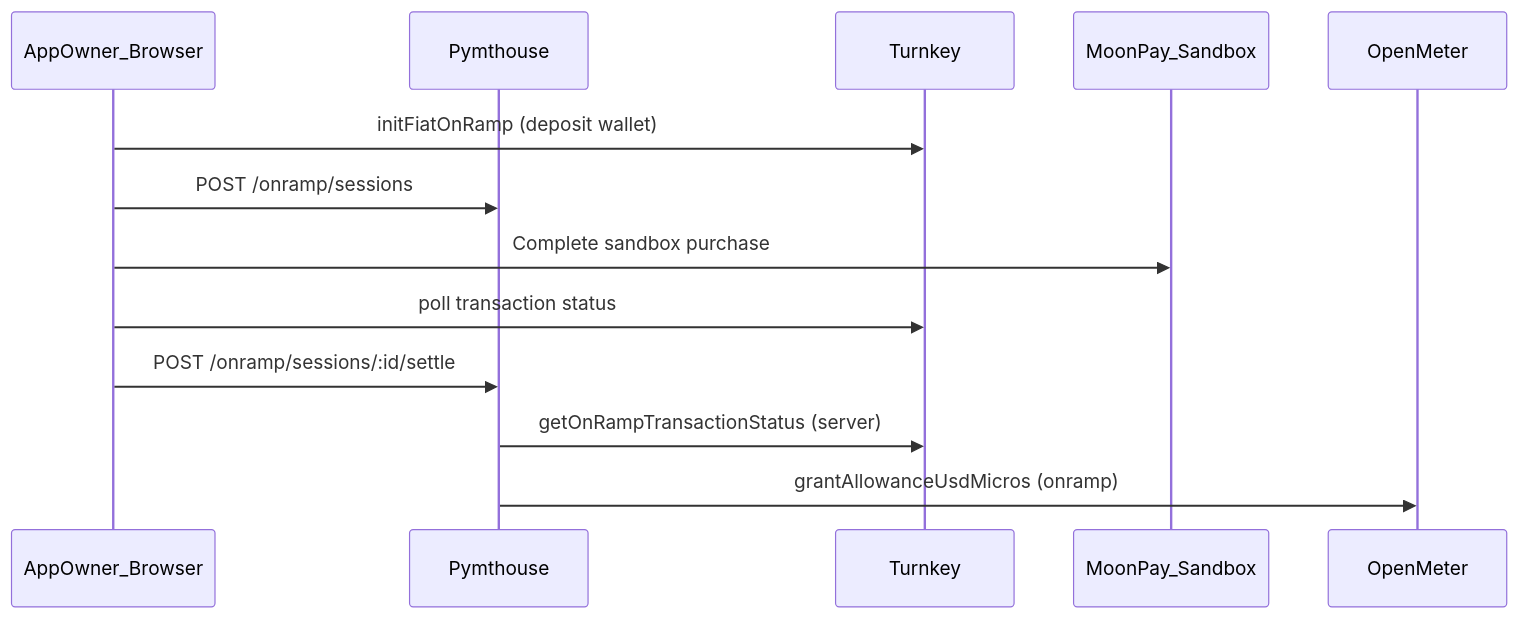
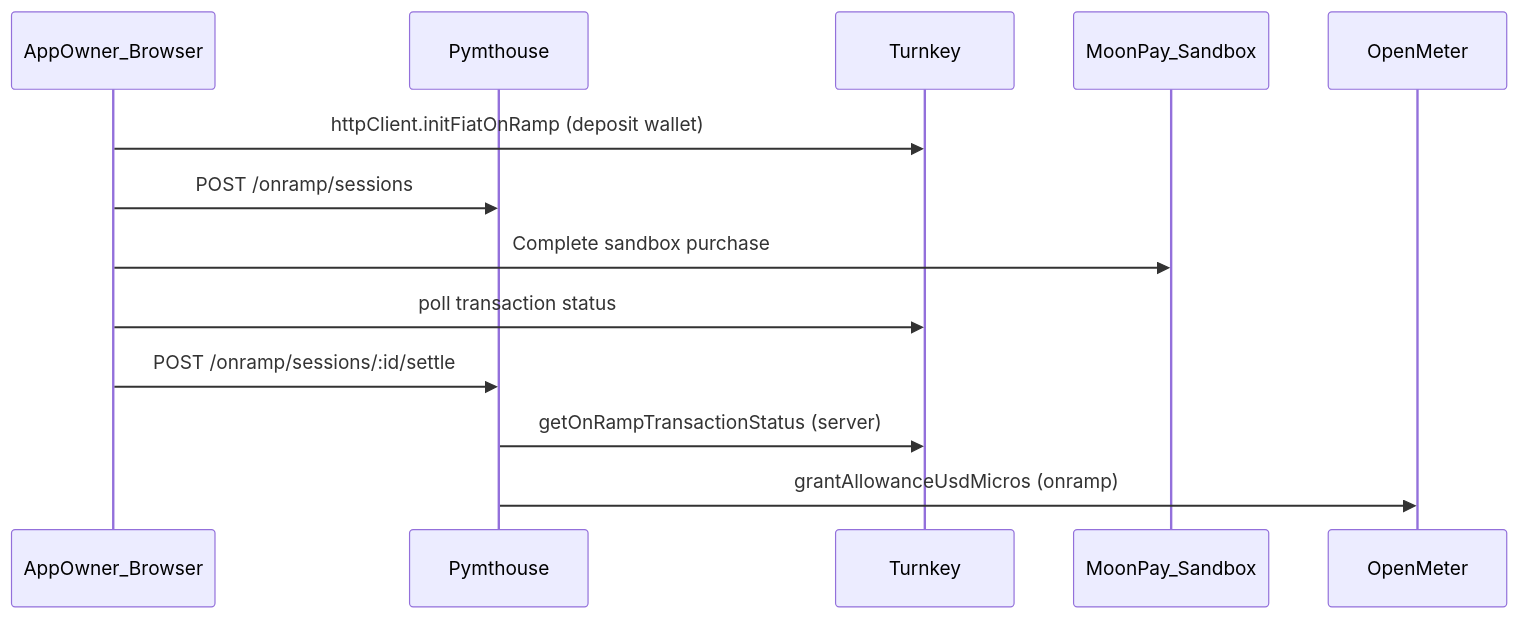
Before and after one commit to pymthouse/pymthouse: the first of 2 diagrams in docs/moonpay-onramp-demo.md, drawn with Mermaid. The commit also changed 1 other file, not shown here.

Commit message:
refactor(FundAccountOnRampPanel): update to use httpClient for on-ramp operations and add URL validation
- Changed initFiatOnRamp and getOnRampTransactionStatus to be called from httpClient instead of props.
- Introduced assertSafeOnRampUrl function to validate on-ramp URLs for security.
- Enhanced error handling for uninitialized httpClient and invalid wallet addresses.
- Updated the demo documentation to reflect the change in the initFiatOnRamp method call.

````diff
--- a/docs/moonpay-onramp-demo.md
+++ b/docs/moonpay-onramp-demo.md
@@ -97,16 +97,16 @@
 ```mermaid
 sequenceDiagram
   participant Owner as AppOwner_Browser
   participant PH as Pymthouse
   participant TK as Turnkey
   participant MP as MoonPay_Sandbox
   participant OM as OpenMeter
 
-  Owner->>TK: initFiatOnRamp (deposit wallet)
+  Owner->>TK: httpClient.initFiatOnRamp (deposit wallet)
   Owner->>PH: POST /onramp/sessions
   Owner->>MP: Complete sandbox purchase
   Owner->>TK: poll transaction status
   Owner->>PH: POST /onramp/sessions/:id/settle
   PH->>TK: getOnRampTransactionStatus (server)
   PH->>OM: grantAllowanceUsdMicros (onramp)
 ```
````
